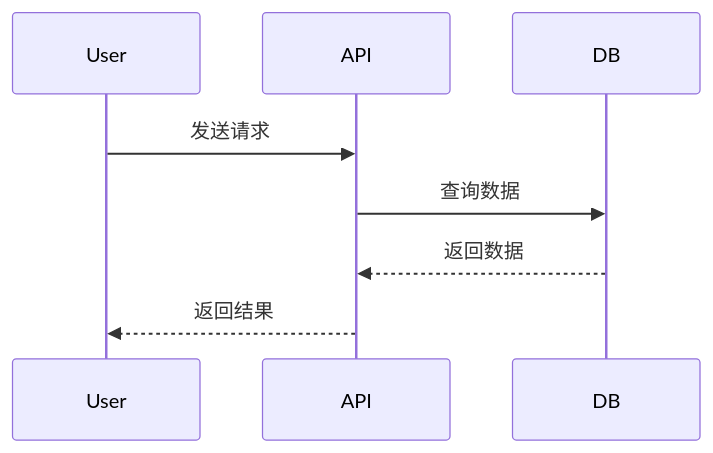
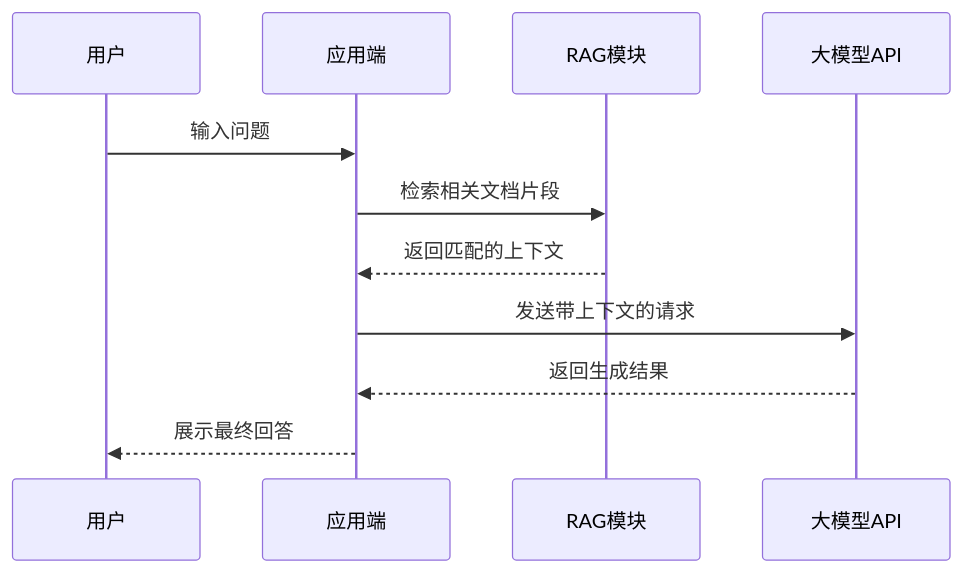
One commit to AlanAkillove/VibeAnything changed the second of 2 diagrams in 环境准备篇/06-其他实用工具.md. Above: the diagram before and after it, drawn with Mermaid. The commit also changed other lines of this file and 4 other files, not shown here.

````diff
--- a/环境准备篇/06-其他实用工具.md
+++ b/环境准备篇/06-其他实用工具.md
@@ -99,7 +137,9 @@
 ```mermaid
 sequenceDiagram
-    User->>API: 发送请求
-    API->>DB: 查询数据
-    DB-->>API: 返回数据
-    API-->>User: 返回结果
+    用户->>应用端: 输入问题
+    应用端->>RAG模块: 检索相关文档片段
+    RAG模块-->>应用端: 返回匹配的上下文
+    应用端->>大模型API: 发送带上下文的请求
+    大模型API-->>应用端: 返回生成结果
+    应用端-->>用户: 展示最终回答
 ```
````
